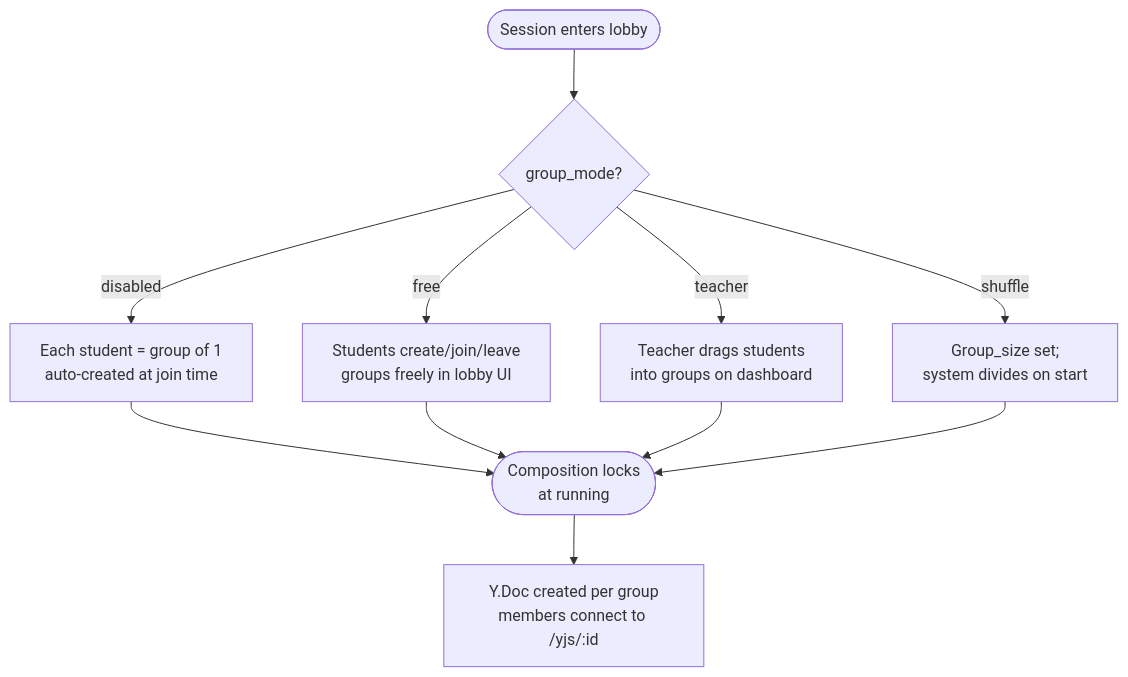
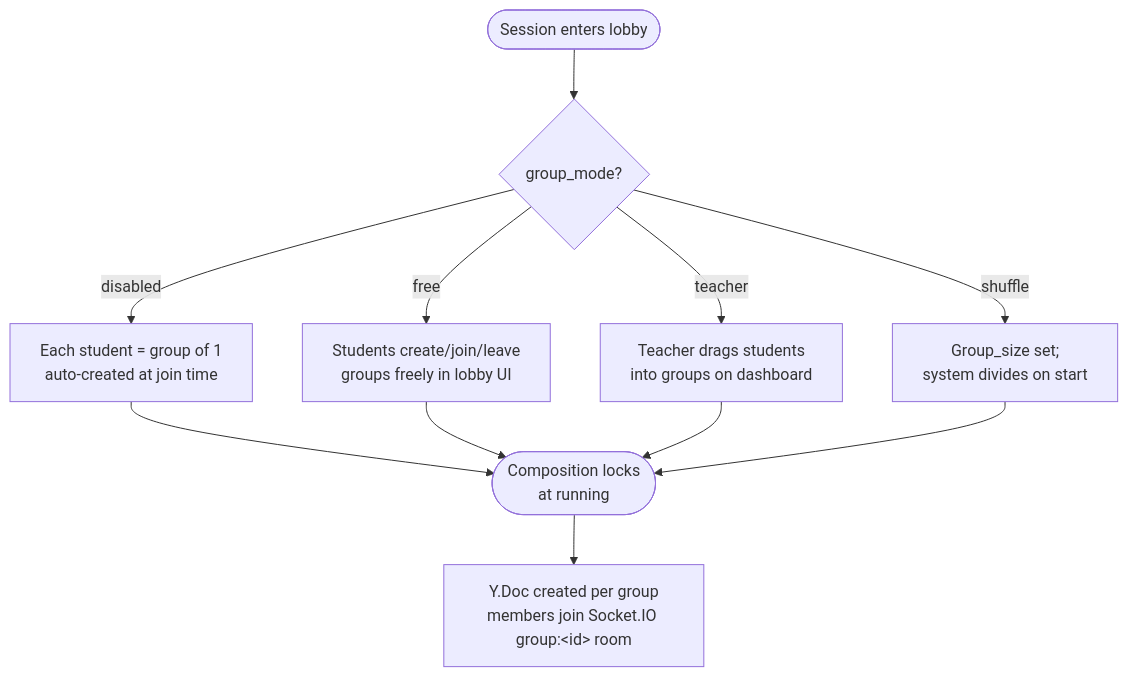
One commit to Eliezir/OfflineClass changed the sixth of 7 diagrams in docs/architecture.md. Above: the diagram before and after it, drawn with Mermaid. The commit also changed other lines of this file, not shown here.

Commit message:
Update architecture.md replace wss for socketio

````diff
--- a/docs/architecture.md
+++ b/docs/architecture.md
@@ -528,15 +544,15 @@
 ```mermaid
 graph TD
   Start([Session enters lobby]) --> Mode{group_mode?}
   Mode -->|disabled| Solo[Each student = group of 1<br/>auto-created at join time]
   Mode -->|free| Free[Students create/join/leave<br/>groups freely in lobby UI]
   Mode -->|teacher| Teacher[Teacher drags students<br/>into groups on dashboard]
   Mode -->|shuffle| Shuffle[Group_size set;<br/>system divides on start]
 
   Solo --> Lock([Composition locks<br/>at running])
   Free --> Lock
   Teacher --> Lock
   Shuffle --> Lock
 
-  Lock --> Collab[Y.Doc created per group<br/>members connect to /yjs/:id]
+  Lock --> Collab[Y.Doc created per group<br/>members join Socket.IO group:&lt;id&gt; room]
 ```
````
